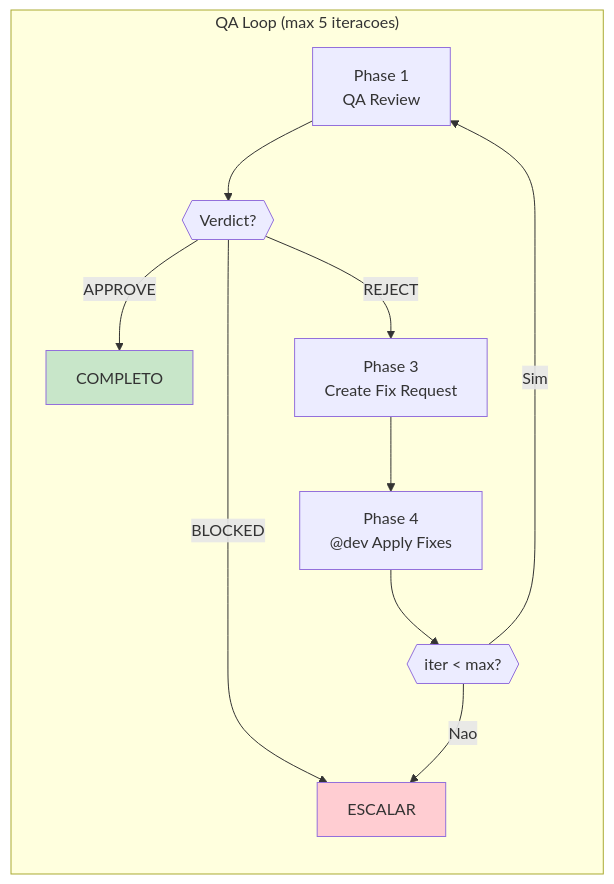
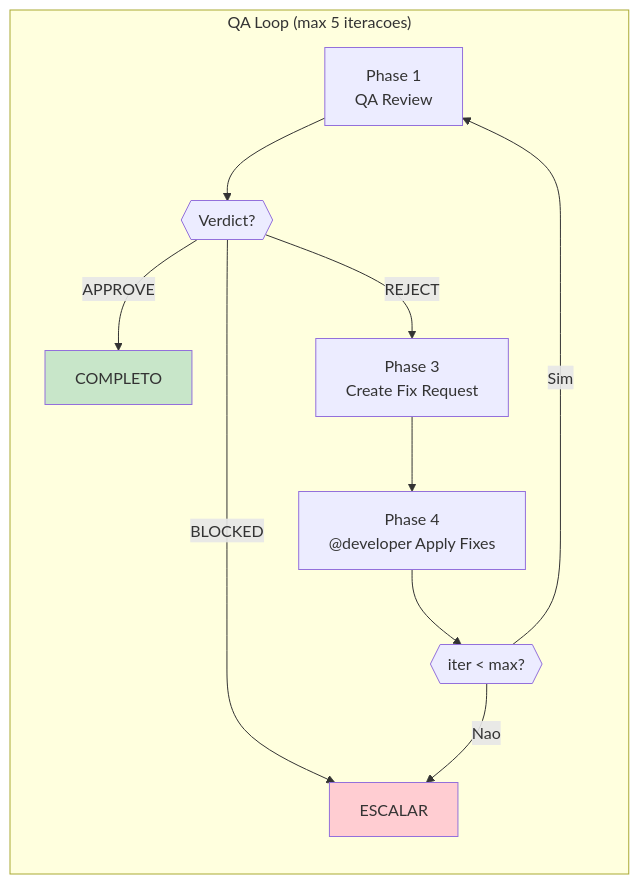
Before and after one commit to caioimori/sinapse-ai: the second of 5 diagrams in docs/guides/agents/QA-SYSTEM.md, drawn with Mermaid. The commit also changed other lines of this file and 873 other files, not shown here.

````diff
--- a/docs/guides/agents/QA-SYSTEM.md
+++ b/docs/guides/agents/QA-SYSTEM.md
@@ -193,24 +193,24 @@
 ```mermaid
 flowchart LR
     subgraph LOOP["QA Loop (max 5 iteracoes)"]
         direction TB
 
         REVIEW["Phase 1<br/>QA Review"]
         CHECK{{"Verdict?"}}
         FIX_REQ["Phase 3<br/>Create Fix Request"]
-        DEV_FIX["Phase 4<br/>@dev Apply Fixes"]
+        DEV_FIX["Phase 4<br/>@developer Apply Fixes"]
         INCREMENT{{"iter < max?"}}
 
         REVIEW --> CHECK
         CHECK -->|APPROVE| COMPLETE["COMPLETO"]
         CHECK -->|BLOCKED| ESCALATE["ESCALAR"]
         CHECK -->|REJECT| FIX_REQ
         FIX_REQ --> DEV_FIX
         DEV_FIX --> INCREMENT
         INCREMENT -->|Sim| REVIEW
         INCREMENT -->|Nao| ESCALATE
     end
 
     style COMPLETE fill:#c8e6c9
     style ESCALATE fill:#ffcdd2
 ```
````
